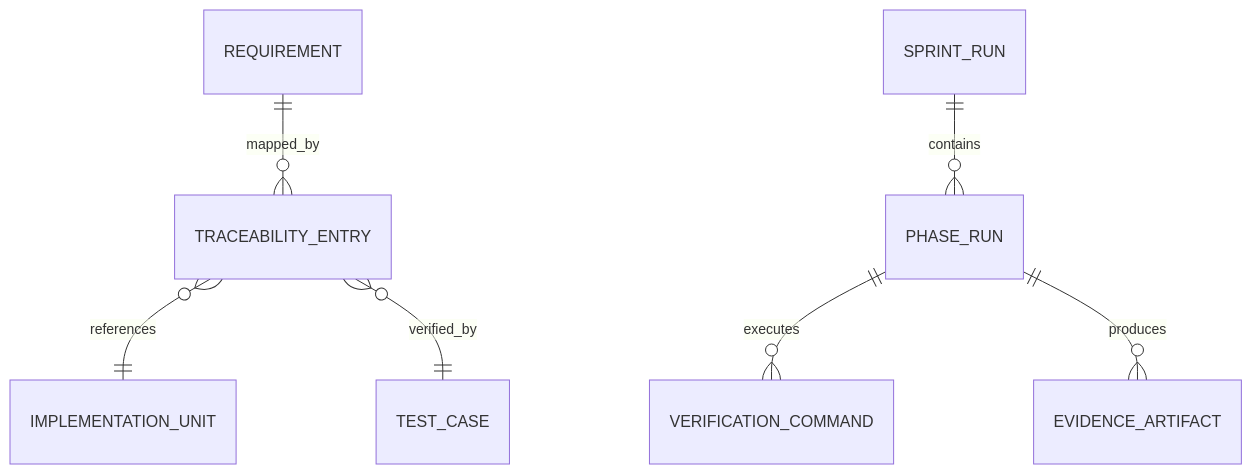
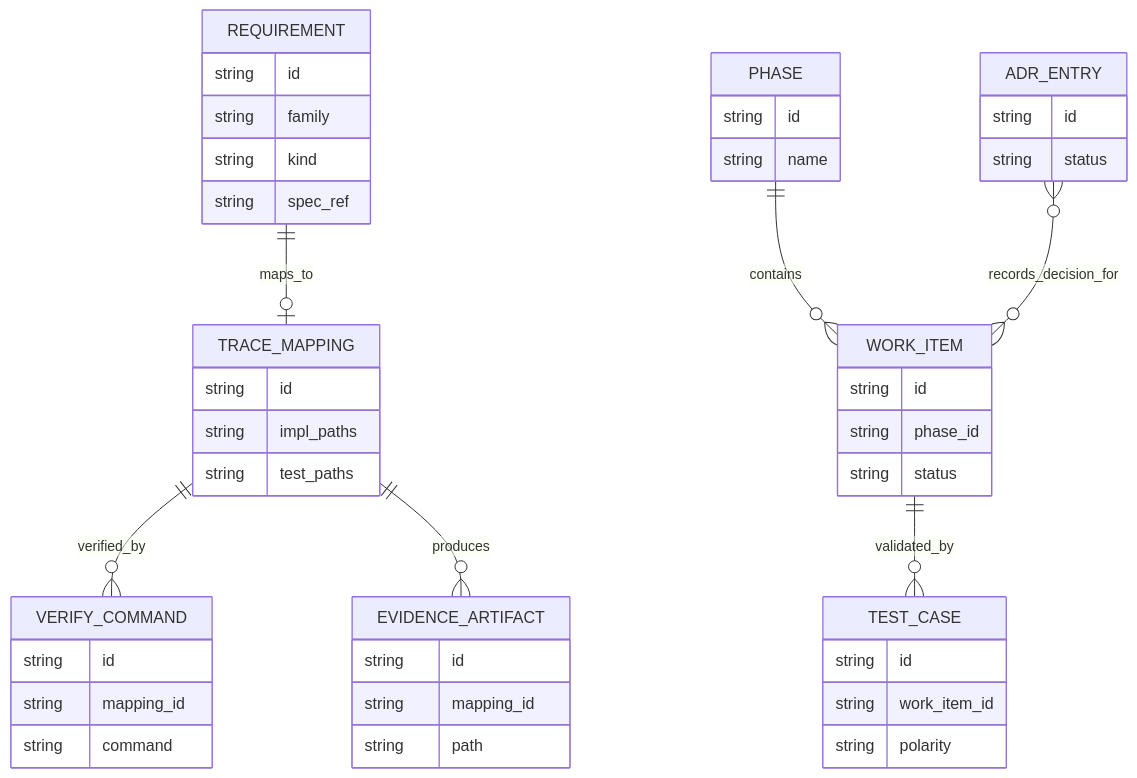
The second of 5 diagrams in docs/sprints/SPRINT-003-close-spec-parity-tcl.md (jaytaylor/attractor-tcl), drawn with Mermaid before and after one commit. The commit also changed other lines of this file, not shown here.

Commit message:
docs: sync sprint 003 close-spec parity plan with verification evidence

````diff
--- a/docs/sprints/SPRINT-003-close-spec-parity-tcl.md
+++ b/docs/sprints/SPRINT-003-close-spec-parity-tcl.md
@@ -1289,9 +2370,56 @@
 ```mermaid
 erDiagram
-  REQUIREMENT ||--o{ TRACEABILITY_ENTRY : mapped_by
-  TRACEABILITY_ENTRY }o--|| IMPLEMENTATION_UNIT : references
-  TRACEABILITY_ENTRY }o--|| TEST_CASE : verified_by
-  PHASE_RUN ||--o{ VERIFICATION_COMMAND : executes
-  PHASE_RUN ||--o{ EVIDENCE_ARTIFACT : produces
-  SPRINT_RUN ||--o{ PHASE_RUN : contains
+  REQUIREMENT ||--o| TRACE_MAPPING : maps_to
+  TRACE_MAPPING ||--o{ VERIFY_COMMAND : verified_by
+  TRACE_MAPPING ||--o{ EVIDENCE_ARTIFACT : produces
+  PHASE ||--o{ WORK_ITEM : contains
+  WORK_ITEM ||--o{ TEST_CASE : validated_by
+  ADR_ENTRY }o--o{ WORK_ITEM : records_decision_for
+
+  REQUIREMENT {
+    string id
+    string family
+    string kind
+    string spec_ref
+  }
+
+  TRACE_MAPPING {
+    string id
+    string impl_paths
+    string test_paths
+  }
+
+  VERIFY_COMMAND {
+    string id
+    string mapping_id
+    string command
+  }
+
+  EVIDENCE_ARTIFACT {
+    string id
+    string mapping_id
+    string path
+  }
+
+  PHASE {
+    string id
+    string name
+  }
+
+  WORK_ITEM {
+    string id
+    string phase_id
+    string status
+  }
+
+  TEST_CASE {
+    string id
+    string work_item_id
+    string polarity
+  }
+
+  ADR_ENTRY {
+    string id
+    string status
+  }
 ```
````
